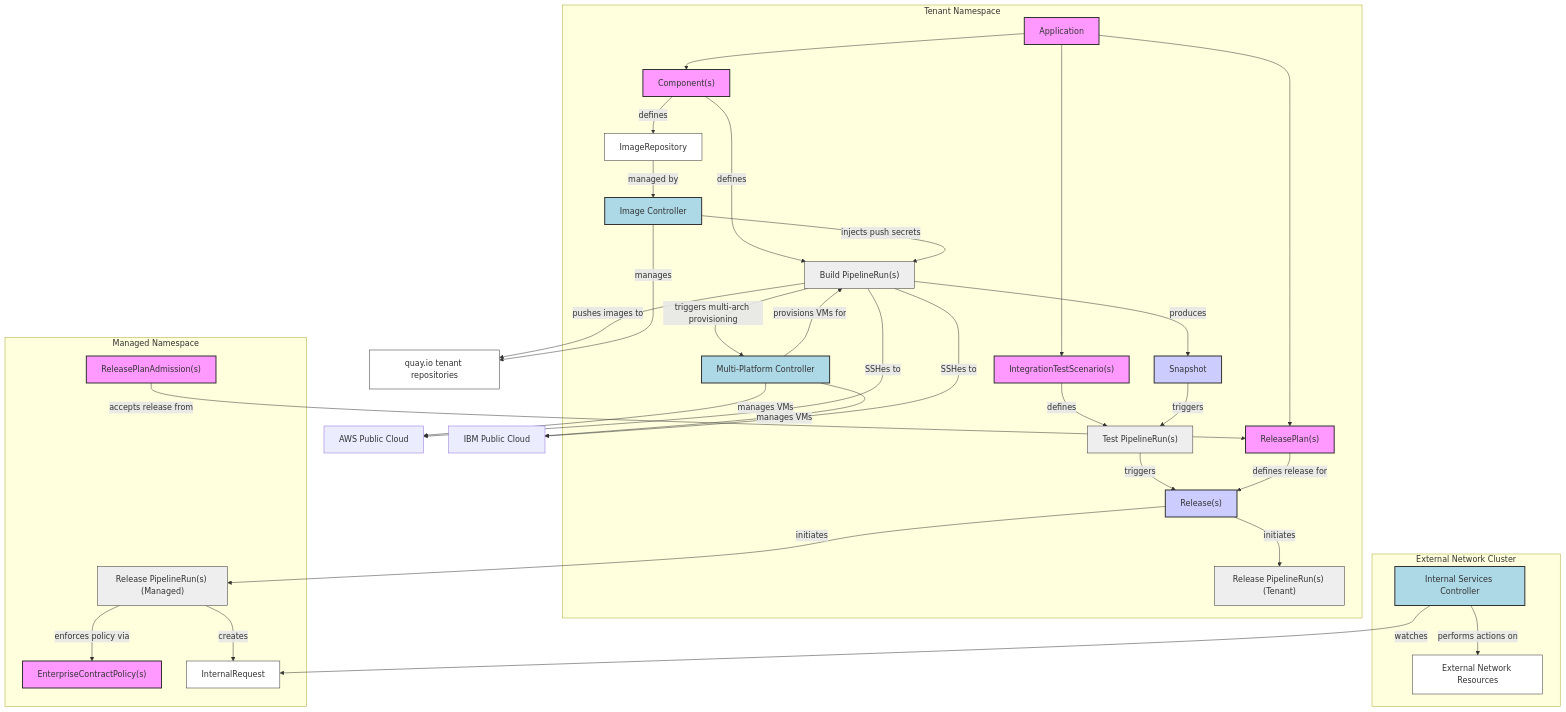
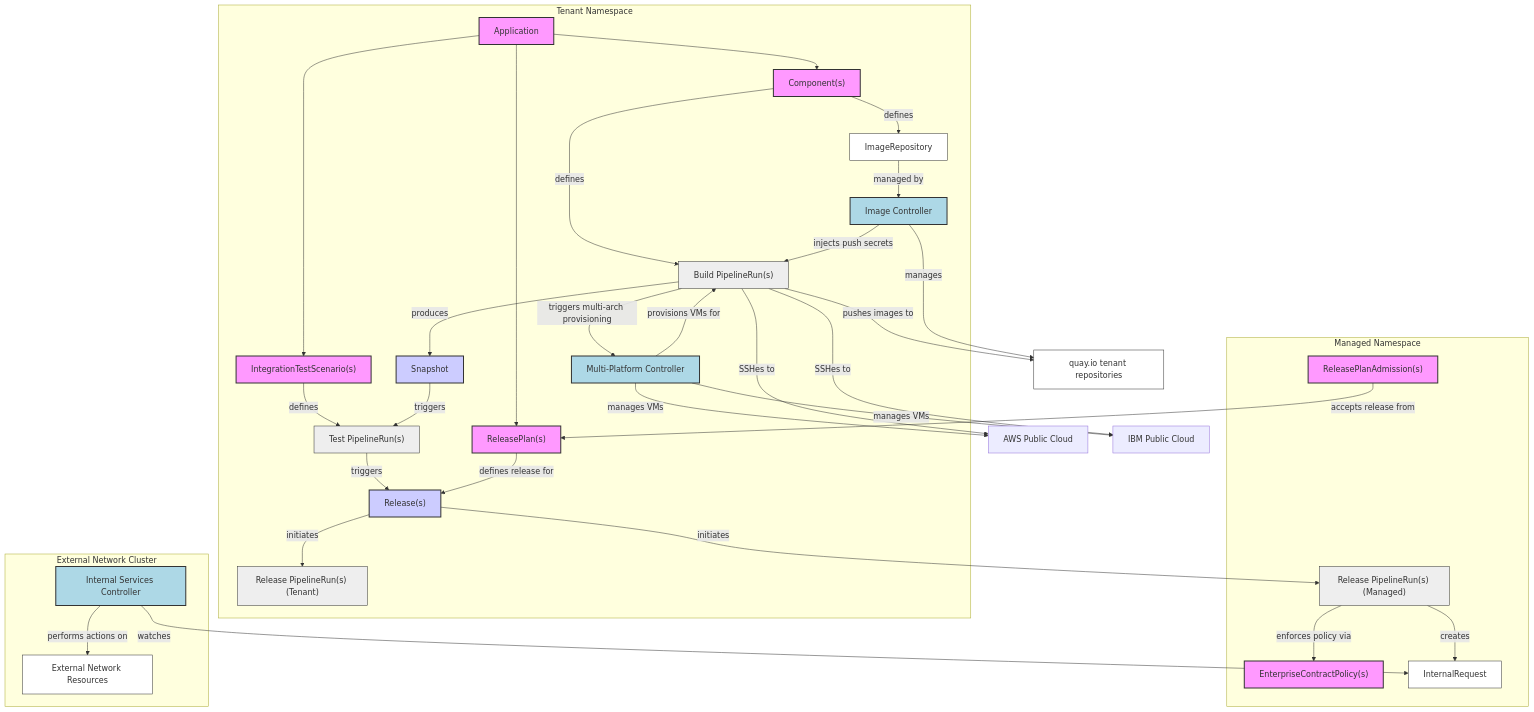
One commit to konflux-ci/architecture changed the first of 2 diagrams in architecture/add-ons/index.md. Above: the diagram before and after it, drawn with Mermaid. The commit also changed other lines of this file, not shown here.

````diff
--- a/architecture/add-ons/index.md
+++ b/architecture/add-ons/index.md
@@ -7,77 +7,77 @@
 ```mermaid
 graph TD
+    QIO["quay.io tenant repositories"]
+    AWS["AWS Public Cloud"]
+    IBM["IBM Public Cloud"]
+    BPR -- pushes images to --> QIO
+    IC -- manages --> QIO
+    MPC -- manages VMs --> AWS
+    MPC -- manages VMs --> IBM
+    BPR -- SSHes to --> AWS
+    BPR -- SSHes to --> IBM
+
     subgraph tenant[Tenant Namespace]
         App[Application] --> Comp["Component(s)"]
         App --> ITS["IntegrationTestScenario(s)"]
         App --> RP["ReleasePlan(s)"]
 
         Comp -- defines --> BPR["Build PipelineRun(s)"]
         BPR -- produces --> Snap["Snapshot"]
         ITS -- defines --> TPR["Test PipelineRun(s)"]
         Snap -- triggers --> TPR
         TPR -- triggers --> Release["Release(s)"]
         RP -- defines release for --> Release
 
         Release -- initiates --> PR["Release PipelineRun(s) (Tenant)"]
         Comp -- defines --> IR["ImageRepository"]
         IR -- managed by --> IC["Image Controller"]
         IC -- injects push secrets --> BPR
         BPR -- triggers multi-arch provisioning --> MPC["Multi-Platform Controller"]
         MPC -- provisions VMs for --> BPR
     end
-
-    QIO["quay.io tenant repositories"]
-    AWS["AWS Public Cloud"]
-    IBM["IBM Public Cloud"]
-    BPR -- pushes images to --> QIO
-    IC -- manages --> QIO
-    MPC -- manages VMs --> AWS
-    MPC -- manages VMs --> IBM
-    BPR -- SSHes to --> AWS
-    BPR -- SSHes to --> IBM
 
     subgraph managed[Managed Namespace]
         RPA["ReleasePlanAdmission(s)"]
         ECP["EnterpriseContractPolicy(s)"]
 
         Release -- initiates --> PRM["Release PipelineRun(s) (Managed)"]
         RPA -- accepts release from --> RP
         PRM -- enforces policy via --> ECP
         PRM -- creates --> IRR["InternalRequest"]
     end
 
     subgraph external[External Network Cluster]
         ISC["Internal Services Controller"]
         ISC -- watches --> IRR
         ISC -- performs actions on --> EXT["External Network Resources"]
     end
 
     style App fill:#f9f,stroke:#333,stroke-width:2px
     style Comp fill:#f9f,stroke:#333,stroke-width:2px
     style Snap fill:#ccf,stroke:#333,stroke-width:2px
     style ITS fill:#f9f,stroke:#333,stroke-width:2px
     style RP fill:#f9f,stroke:#333,stroke-width:2px
     style Release fill:#ccf,stroke:#333,stroke-width:2px
     style PR fill:#eee,stroke:#333,stroke-width:1px
     style PRM fill:#eee,stroke:#333,stroke-width:1px
     style BPR fill:#eee,stroke:#333,stroke-width:1px
     style TPR fill:#eee,stroke:#333,stroke-width:1px
     style RPA fill:#f9f,stroke:#333,stroke-width:2px
     style ECP fill:#f9f,stroke:#333,stroke-width:2px
     style IC fill:#add8e6,stroke:#333,stroke-width:2px
     style QIO fill:#fff,stroke:#333,stroke-width:1px
     style MPC fill:#add8e6,stroke:#333,stroke-width:2px
     style IR fill:#fff,stroke:#333,stroke-width:1px
     style IRR fill:#fff,stroke:#333,stroke-width:1px
     style ISC fill:#add8e6,stroke:#333,stroke-width:2px
     style EXT fill:#fff,stroke:#333,stroke-width:1px
 
     classDef controlPlane fill:#f9f,stroke:#333,stroke-width:2px;
     class App,Comp,ITS,RP,RPA,ECP,IC,MPC,ISC controlPlane;
 
     classDef dataPlane fill:#ccf,stroke:#333,stroke-width:2px;
     class Snap,Release dataPlane;
 
     classDef tekton fill:#eee,stroke:#333,stroke-width:1px;
     class PR,PRM,BPR,TPR tekton;
 ```
````
